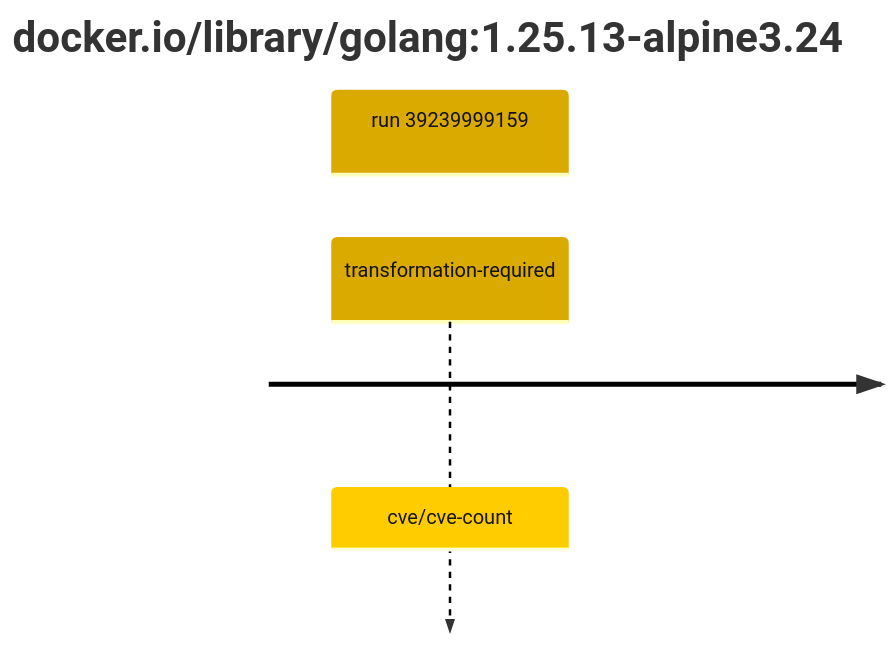
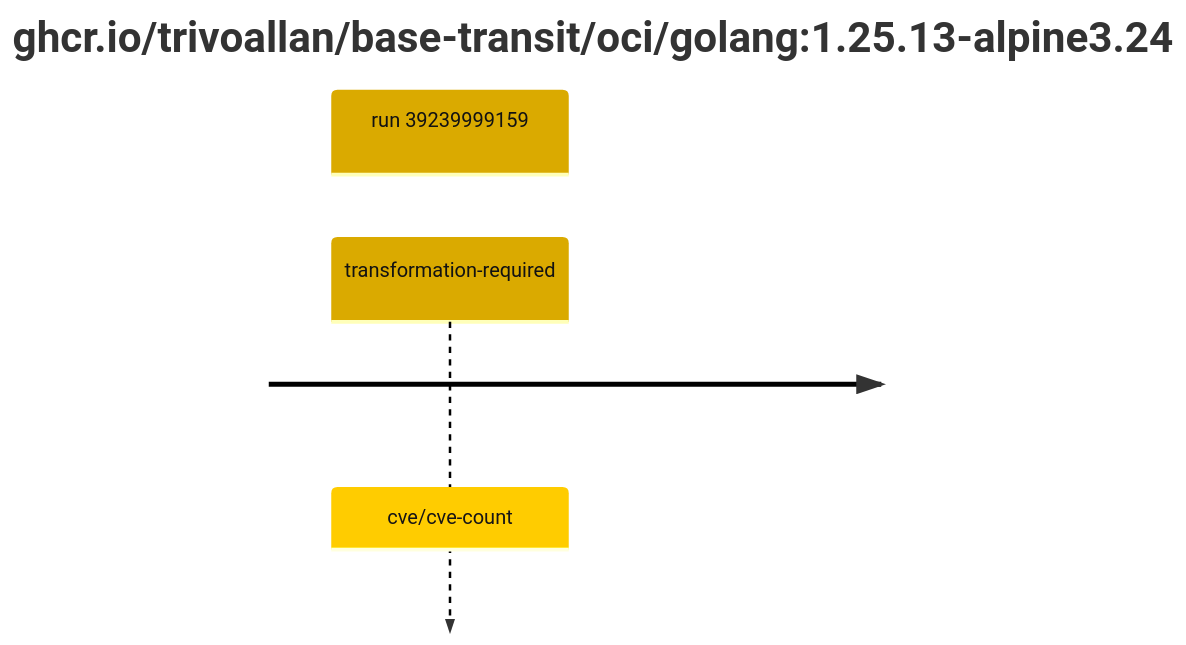
Before and after one commit to trivoallan/base-images: the second of 2 diagrams in results/reports/golang-1/sha256:1e0126852075c9c60731c8ba49088448b91f63e2aed97ca9d1a9791622a05946/39239999159-1.md, drawn with Mermaid. The commit also changed other lines of this file and 12 other files, not shown here.

````diff
--- a/results/reports/golang-1/sha256:1e0126852075c9c60731c8ba49088448b91f63e2aed97ca9d1a9791622a05946/39239999159-1.md
+++ b/results/reports/golang-1/sha256:1e0126852075c9c60731c8ba49088448b91f63e2aed97ca9d1a9791622a05946/39239999159-1.md
@@ -5,7 +24,7 @@
 ```mermaid
 %%{init: {"theme": "default", "themeVariables": {"cScale0": "#daaa00", "cScaleLabel0": "#121212"}}}%%
 timeline
-    title docker.io/library/golang#58;1.25.13-alpine3.24
+    title ghcr.io/trivoallan/base-transit/oci/golang#58;1.25.13-alpine3.24
     section run 39239999159
         transformation-required : cve/cve-count
 ```
````
